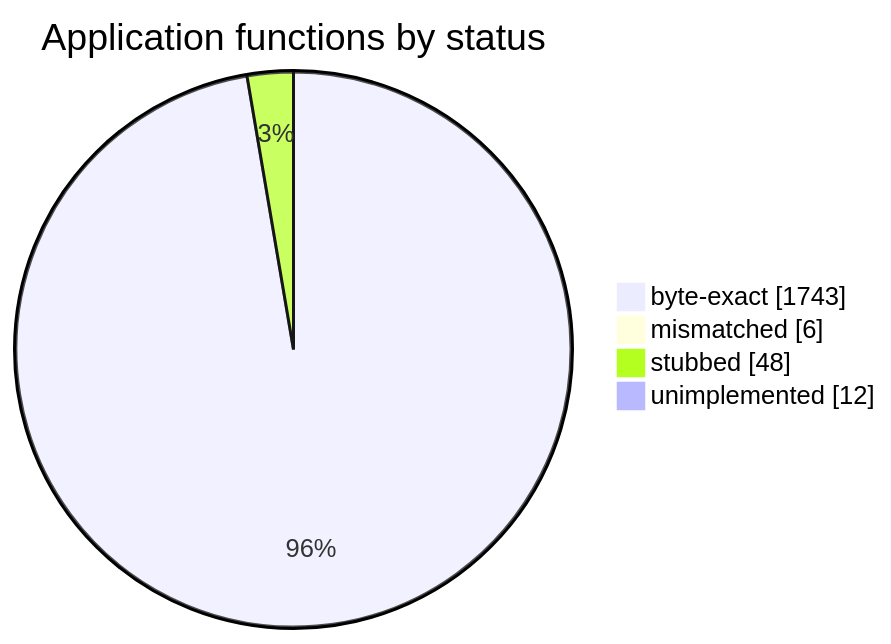
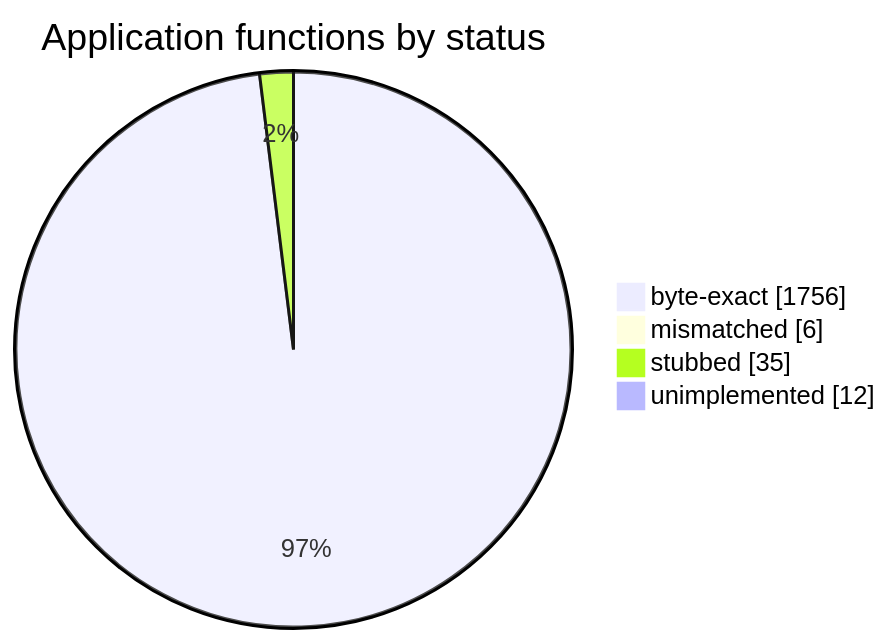
Before and after one commit to sorokya/eos: the diagram in README.md, drawn with Mermaid. The commit also changed other lines of this file and 10 other files, not shown here.

````diff
--- a/README.md
+++ b/README.md
@@ -154,8 +154,8 @@
 ```mermaid
 pie showData
     title Application functions by status
-    "byte-exact" : 1743
+    "byte-exact" : 1756
     "mismatched" : 6
-    "stubbed" : 48
+    "stubbed" : 35
     "unimplemented" : 12
 ```
````
